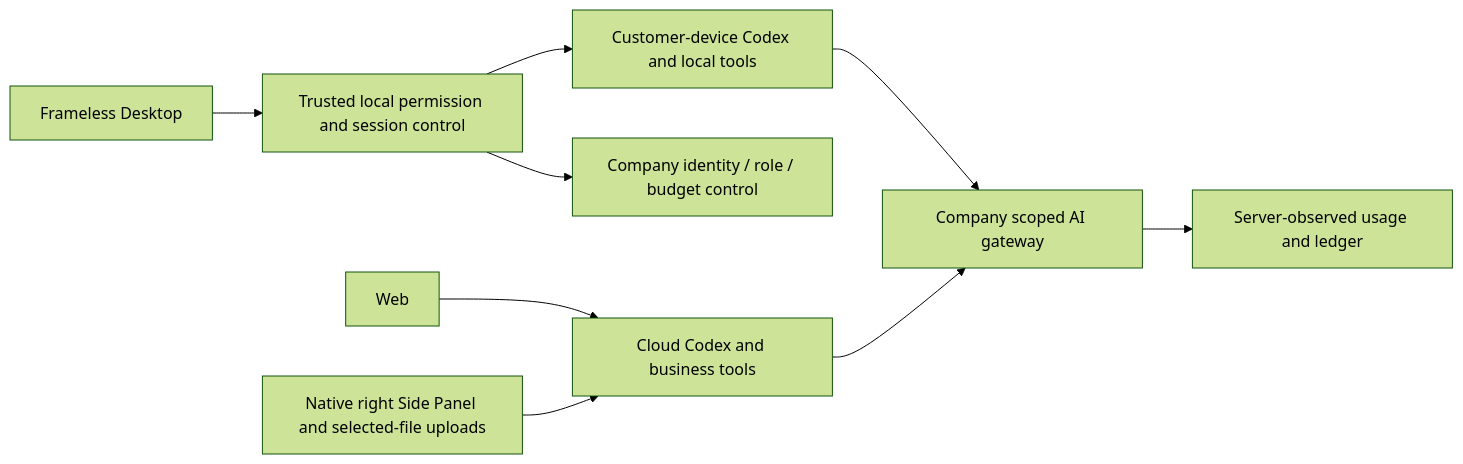
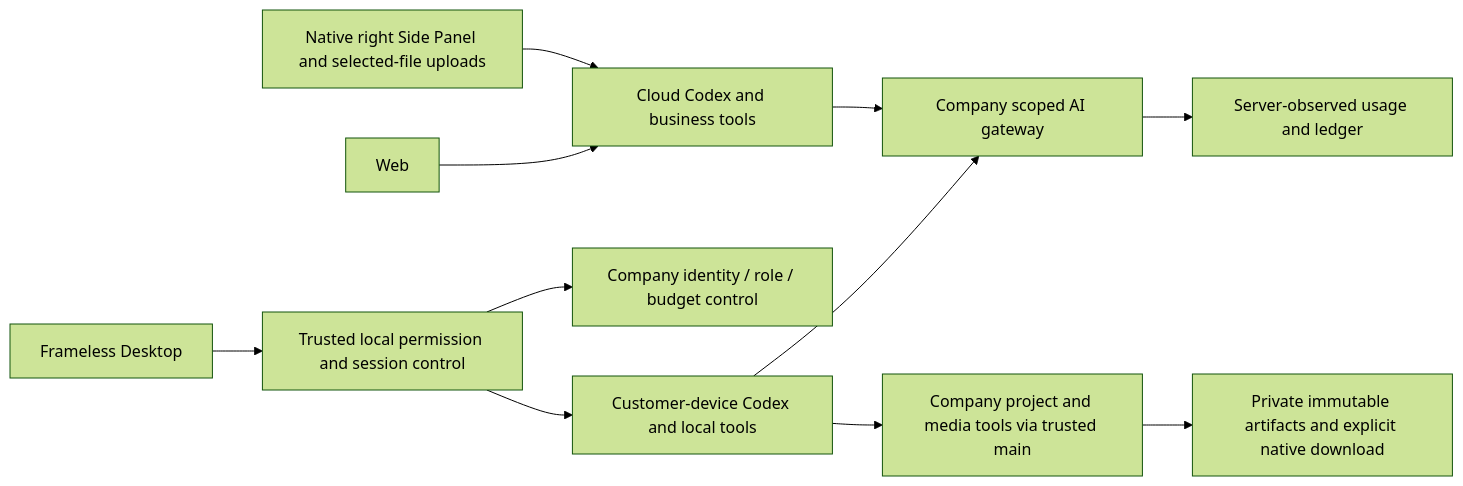
Before and after one commit to copypasteltd/workmate: the diagram in README.en.md, drawn with Mermaid (forest theme). The commit also changed other lines of this file and 46 other files, not shown here.

Commit message:
feat: add native design tools and private artifact downloads

````diff
--- a/README.en.md
+++ b/README.en.md
@@ -11,11 +11,13 @@
 ```mermaid
 flowchart LR
   Desktop[Frameless Desktop] --> Main[Trusted local permission and session control]
   Main --> Native[Customer-device Codex and local tools]
   Main --> Control[Company identity / role / budget control]
   Native --> Gateway[Company scoped AI gateway]
+  Native --> CompanyTools[Company project and media tools via trusted main]
+  CompanyTools --> Artifacts[Private immutable artifacts and explicit native download]
   Web[Web] --> Cloud[Cloud Codex and business tools]
   Extension[Native right Side Panel and selected-file uploads] --> Cloud
   Cloud --> Gateway
   Gateway --> Ledger[Server-observed usage and ledger]
 ```
````
